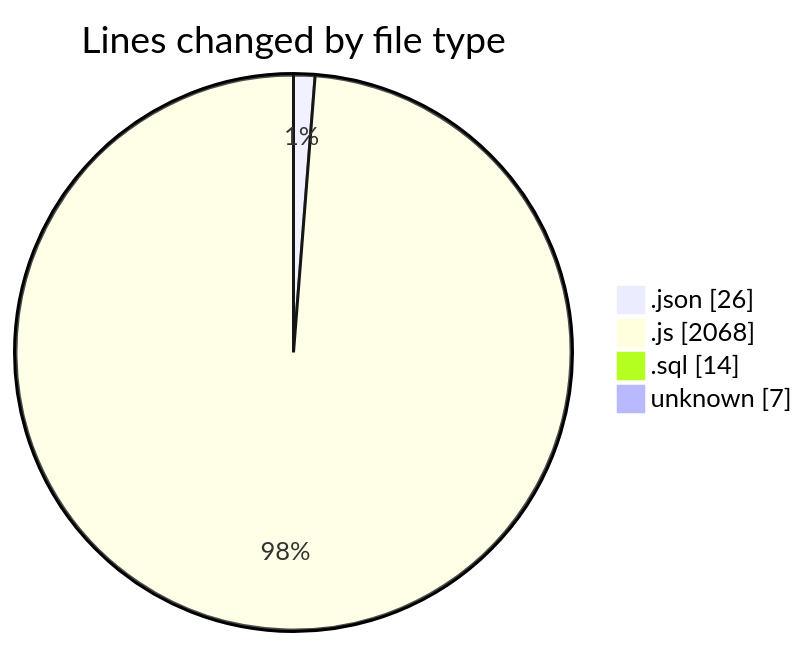
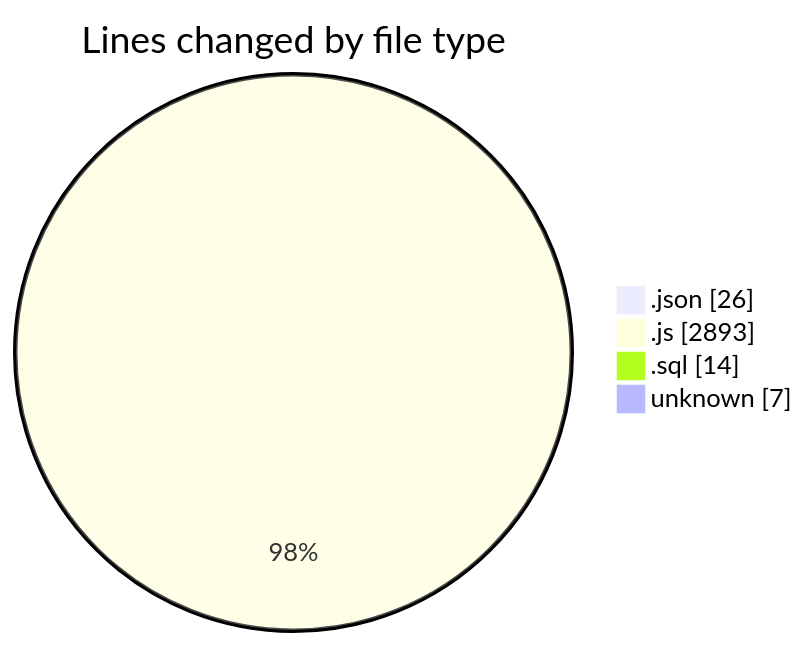
Before and after one commit to nxtqubesakshisongat/code-tracking: the first of 2 diagrams in 2025-09-10/cashcalc/README.md, drawn with Mermaid. The commit also changed other lines of this file and 1 other file, not shown here.

````diff
--- a/2025-09-10/cashcalc/README.md
+++ b/2025-09-10/cashcalc/README.md
@@ -36,8 +36,8 @@
 ```mermaid
 pie showData
 title Lines changed by file type
 ".json" : 26
-".js" : 2068
+".js" : 2893
 ".sql" : 14
 "unknown" : 7
 ```
````
